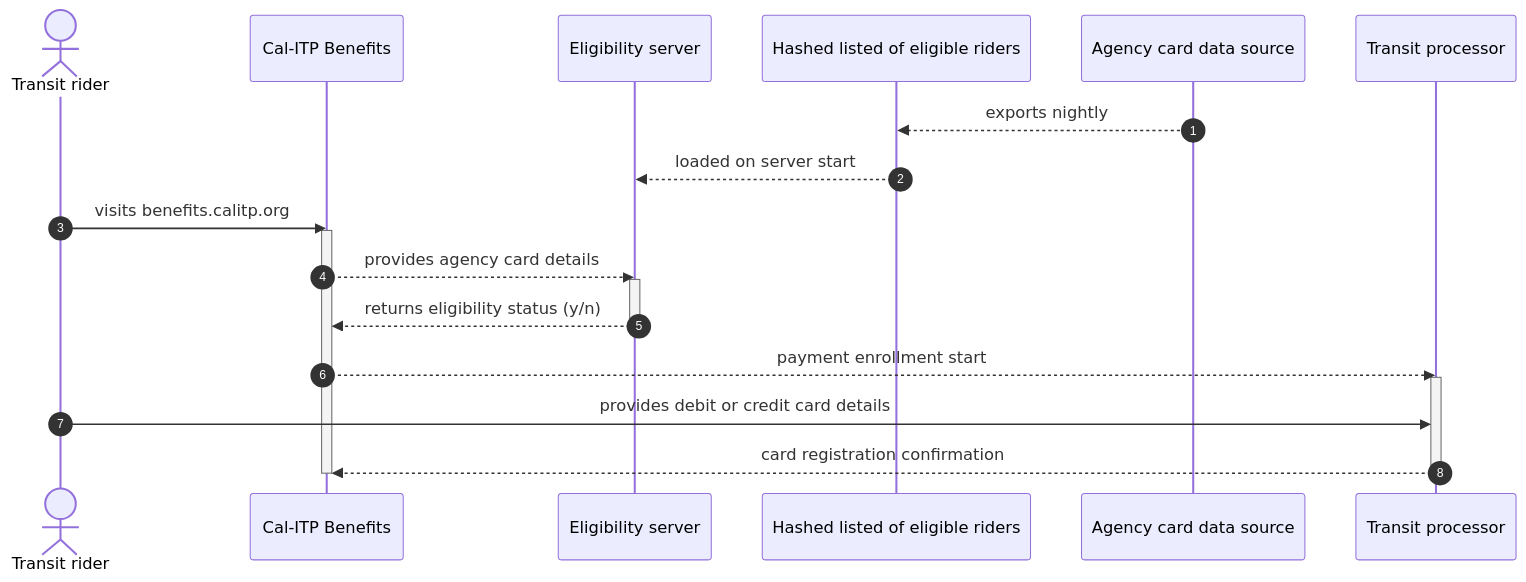
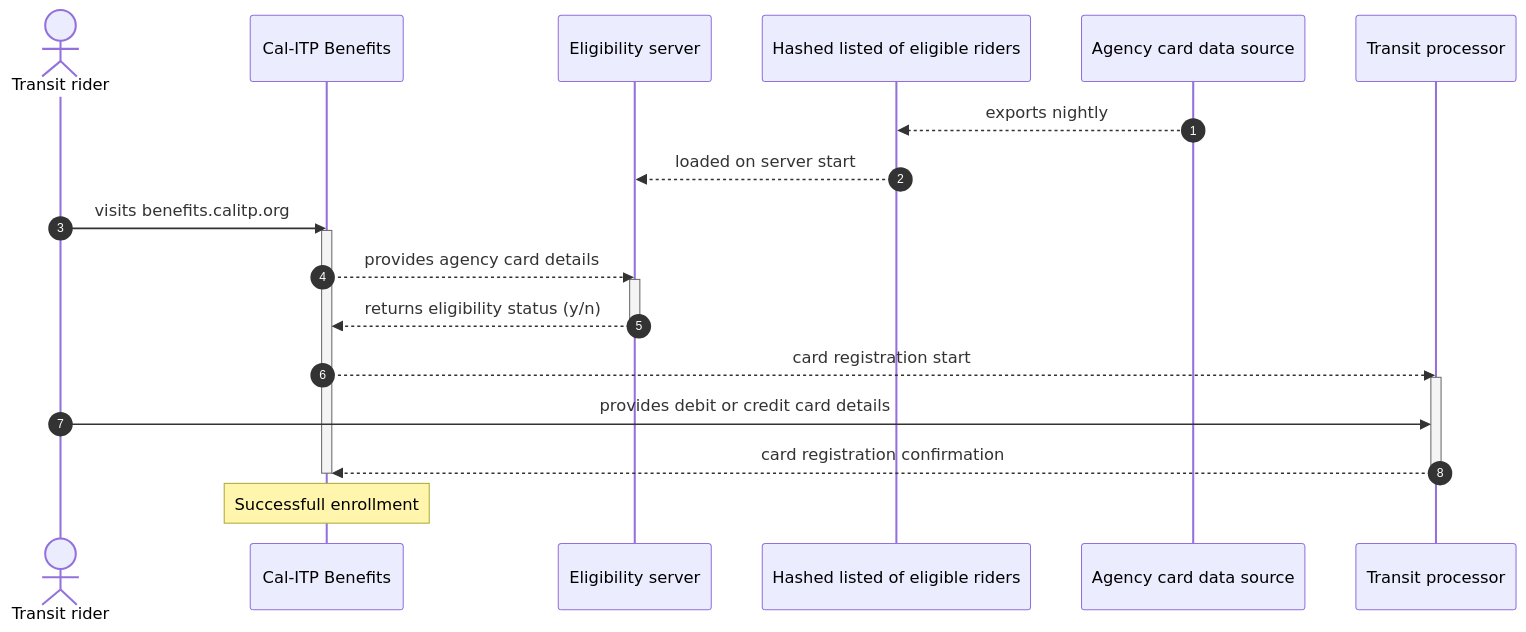
Before and after one commit to cal-itp/benefits: the second of 2 diagrams in docs/explanation/enrollment-pathways/agency-cards.md, drawn with Mermaid. The commit also changed other lines of this file, not shown here.

Commit message:
docs: revisions to agency card self-service enrollment diagram and description

````diff
--- a/docs/explanation/enrollment-pathways/agency-cards.md
+++ b/docs/explanation/enrollment-pathways/agency-cards.md
@@ -59,26 +59,27 @@
 ```mermaid
 sequenceDiagram
 autonumber
     actor Transit rider
     participant Benefits as Cal-ITP Benefits
     participant elig_server as Eligibility server
     participant ac_data as Hashed listed of eligible riders
     participant Agency card data source
     participant Transit processor
 
     Agency card data source-->>ac_data: exports nightly
        activate ac_data
     ac_data-->>elig_server: loaded on server start
     Transit rider->>Benefits: visits benefits.calitp.org
         activate Benefits
     Benefits-->>elig_server: provides agency card details
         activate elig_server
     elig_server-->>Benefits: returns eligibility status (y/n)
         deactivate elig_server
-    Benefits-->>Transit processor: payment enrollment start
+    Benefits-->>Transit processor: card registration start
         activate Transit processor
     Transit rider->>Transit processor: provides debit or credit card details
     Transit processor-->>Benefits: card registration confirmation
         deactivate Transit processor
         deactivate Benefits
+        Note over Benefits: Successfull enrollment
 ```
````
